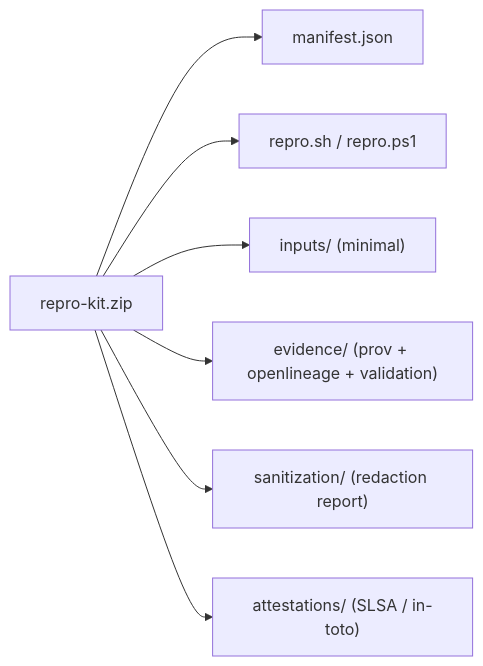
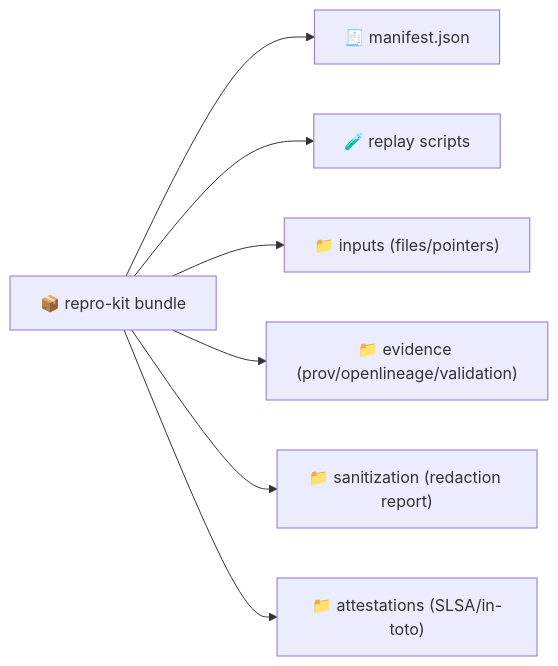
Before and after one commit to bartytime4life/Kansas-Frontier-Matrix: the second of 2 diagrams in .github/repro-kit/README.md, drawn with Mermaid. The commit also changed other lines of this file, not shown here.

```diff
--- a/.github/repro-kit/README.md
+++ b/.github/repro-kit/README.md
@@ -158,9 +203,9 @@
 ~~~mermaid
 flowchart LR
-  K["repro-kit.zip"] --> M["manifest.json"]
-  K --> R["repro.sh / repro.ps1"]
-  K --> I["inputs/ (minimal)"]
-  K --> E["evidence/ (prov + openlineage + validation)"]
-  K --> S["sanitization/ (redaction report)"]
-  K --> A["attestations/ (SLSA / in-toto)"]
+  K["📦 repro-kit bundle"] --> M["🧾 manifest.json"]
+  K --> R["🧪 replay scripts"]
+  K --> I["📁 inputs (files/pointers)"]
+  K --> E["📁 evidence (prov/openlineage/validation)"]
+  K --> S["📁 sanitization (redaction report)"]
+  K --> A["📁 attestations (SLSA/in-toto)"]
 ~~~
```
